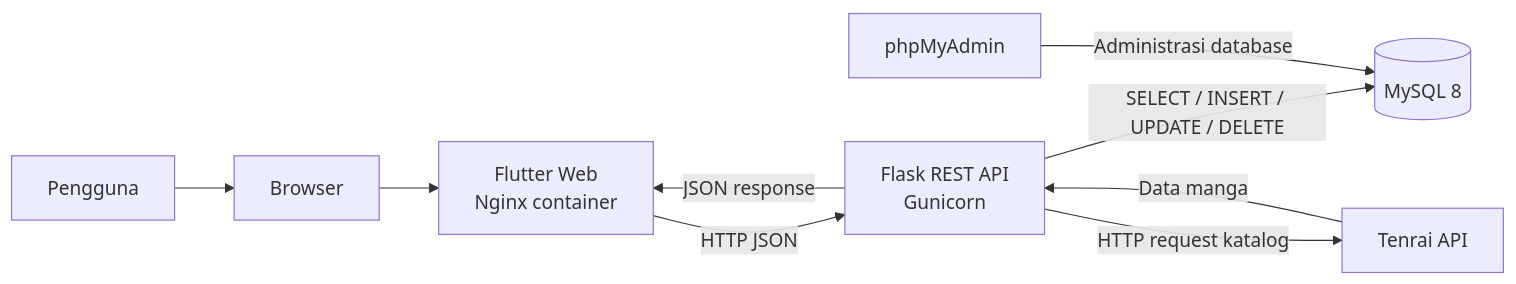
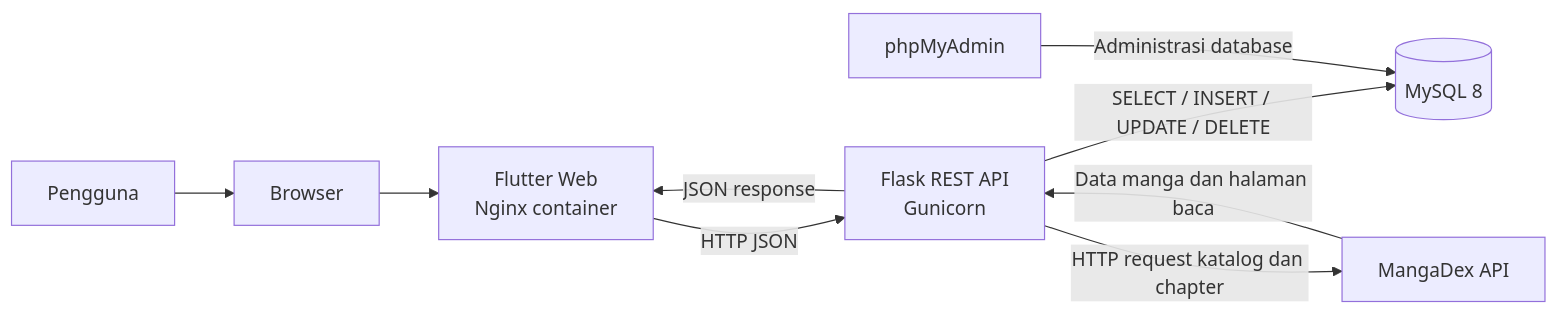
Before and after one commit to carlos1739/mangatsu: the first of 8 diagrams in README.md, drawn with Mermaid. The commit also changed other lines of this file and 22 other files, not shown here.

Commit message:
melakukan imigrasi API dari tenrai ke mangadex_api

````diff
--- a/README.md
+++ b/README.md
@@ -258,11 +261,11 @@
 ```mermaid
 flowchart LR
     U[Pengguna] --> B[Browser]
     B --> F[Flutter Web<br/>Nginx container]
     F -->|HTTP JSON| A[Flask REST API<br/>Gunicorn]
     A -->|SELECT / INSERT / UPDATE / DELETE| D[(MySQL 8)]
-    A -->|HTTP request katalog| T[Tenrai API]
-    T -->|Data manga| A
+    A -->|HTTP request katalog dan chapter| T[MangaDex API]
+    T -->|Data manga dan halaman baca| A
     A -->|JSON response| F
     P[phpMyAdmin] -->|Administrasi database| D
 ```
````
